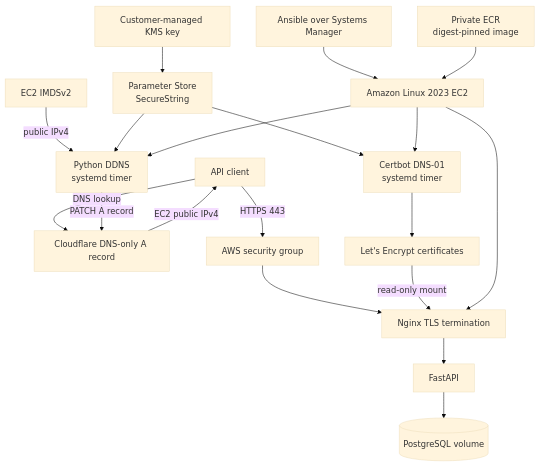
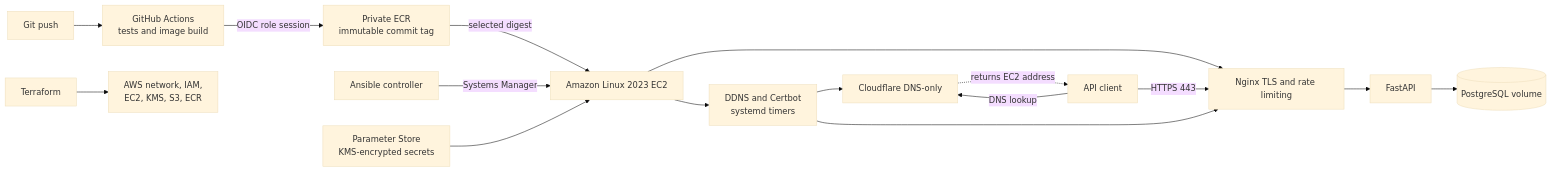
Before and after one commit to Orlando-Alvarez/Ticket-API: the first of 2 diagrams in README.md, drawn with Mermaid (base theme). The commit also changed other lines of this file and 8 other files, not shown here.

````diff
--- a/README.md
+++ b/README.md
@@ -124,21 +80,18 @@
 ```mermaid
-flowchart TB
-    Client[API client] -->|DNS lookup| DNS[Cloudflare DNS-only A record]
-    DNS -->|EC2 public IPv4| Client
-    Client -->|HTTPS 443| SG[AWS security group]
-    SG --> Nginx[Nginx TLS termination]
+flowchart LR
+    Developer[Git push] --> Actions[GitHub Actions<br/>tests and image build]
+    Actions -->|OIDC role session| ECR[Private ECR<br/>immutable commit tag]
+    Terraform[Terraform] --> AWS[AWS network, IAM,<br/>EC2, KMS, S3, ECR]
+    ECR -->|selected digest| EC2[Amazon Linux 2023 EC2]
+    Operator[Ansible controller] -->|Systems Manager| EC2
+    Parameters[Parameter Store<br/>KMS-encrypted secrets] --> EC2
+    Client[API client] -->|DNS lookup| DNS[Cloudflare DNS-only]
+    DNS -. returns EC2 address .-> Client
+    Client -->|HTTPS 443| Nginx[Nginx TLS and rate limiting]
+    EC2 --> Nginx
     Nginx --> API[FastAPI]
     API --> DB[(PostgreSQL volume)]
-    DDNS[Python DDNS<br/>systemd timer] -->|PATCH A record| DNS
-    IMDS[EC2 IMDSv2] -->|public IPv4| DDNS
-    Parameters[Parameter Store<br/>SecureString] --> DDNS
-    Parameters --> Certbot[Certbot DNS-01<br/>systemd timer]
-    KMS[Customer-managed KMS key] --> Parameters
-    Certbot --> Certs[Let's Encrypt certificates]
-    Certs -->|read-only mount| Nginx
-    Ansible[Ansible over Systems Manager] --> EC2[Amazon Linux 2023 EC2]
-    ECR[Private ECR<br/>digest-pinned image] --> EC2
-    EC2 --> Nginx
-    EC2 --> DDNS
-    EC2 --> Certbot
+    EC2 --> Automation[DDNS and Certbot<br/>systemd timers]
+    Automation --> DNS
+    Automation --> Nginx
 ```
````
